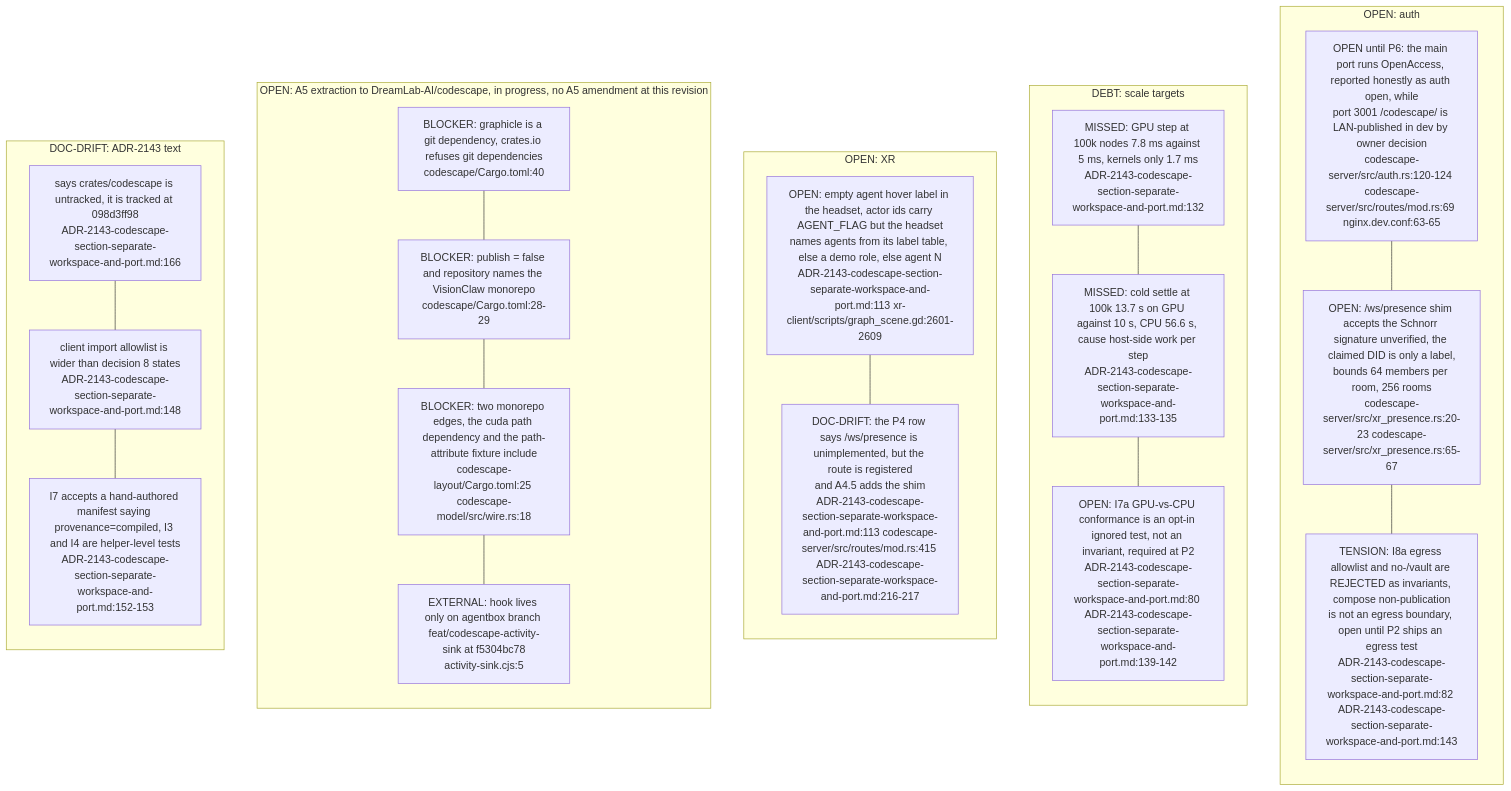
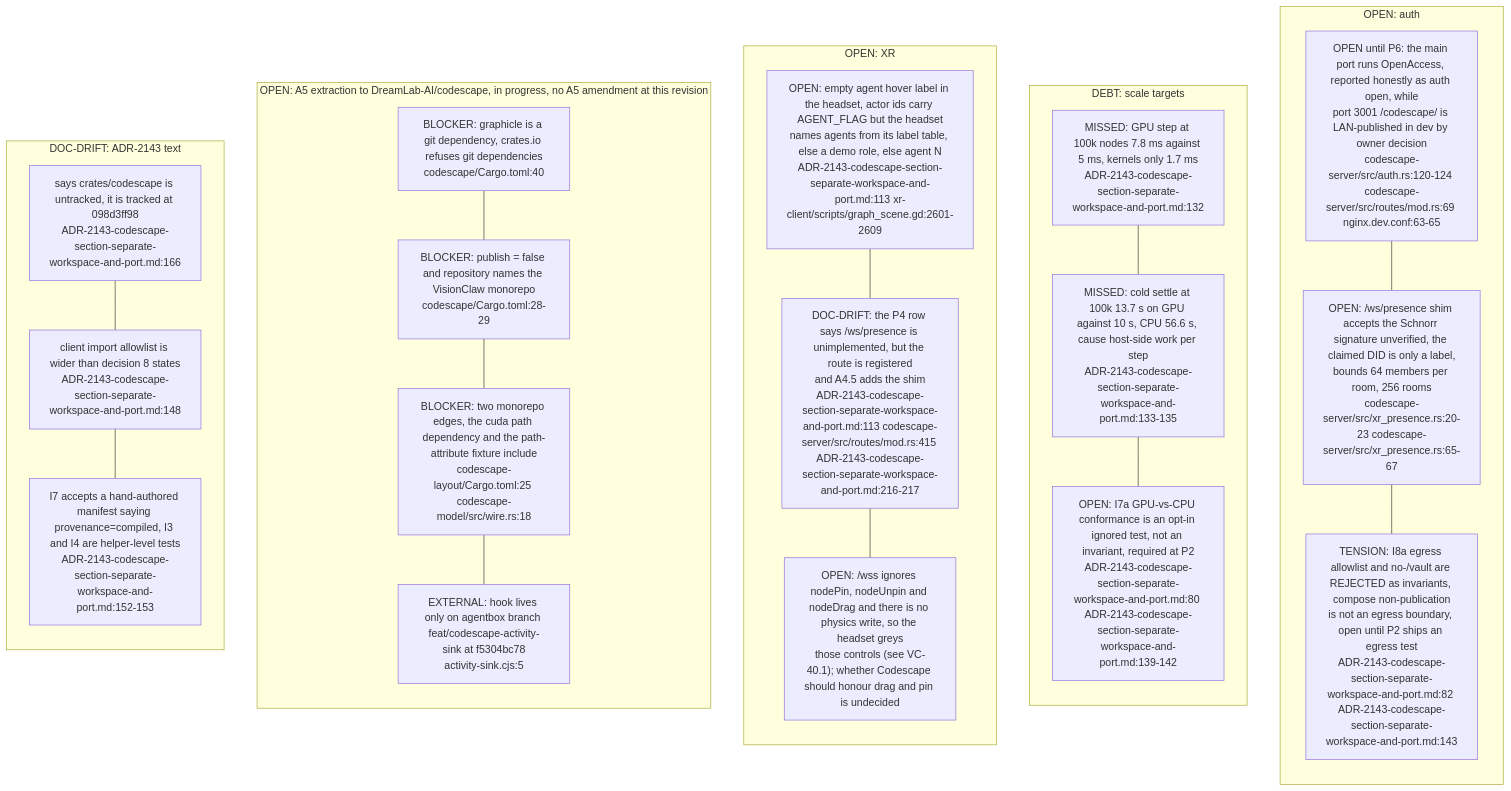
The seventh of 7 diagrams in docs/diagrams/visionclaw/39-codescape.md (DreamLab-AI/VisionFlow), drawn with Mermaid before and after one commit. The commit also changed other lines of this file and 5 other files, not shown here.

First line of the commit message:
diagrams: VC-40, the XR client on two backends (capability table, gate, switch, Codescape palette)

````diff
--- a/docs/diagrams/visionclaw/39-codescape.md
+++ b/docs/diagrams/visionclaw/39-codescape.md
@@ -315,38 +317,39 @@
 ```mermaid
 flowchart TB
     subgraph SEC["OPEN: auth"]
         direction TB
         R1["OPEN until P6: the main port runs OpenAccess, reported honestly as auth open, while<br/>port 3001 /codescape/ is LAN-published in dev by owner decision<br/>codescape-server/src/auth.rs:120-124 codescape-server/src/routes/mod.rs:69 nginx.dev.conf:63-65"]
         R2["OPEN: /ws/presence shim accepts the Schnorr signature unverified, the claimed DID is only a label,<br/>bounds 64 members per room, 256 rooms<br/>codescape-server/src/xr_presence.rs:20-23 codescape-server/src/xr_presence.rs:65-67"]
         R3["TENSION: I8a egress allowlist and no-/vault are REJECTED as invariants, compose non-publication<br/>is not an egress boundary, open until P2 ships an egress test<br/>ADR-2143-codescape-section-separate-workspace-and-port.md:82 ADR-2143-codescape-section-separate-workspace-and-port.md:143"]
         R1 --- R2 --- R3
     end
     subgraph PERF["DEBT: scale targets"]
         direction TB
         P1["MISSED: GPU step at 100k nodes 7.8 ms against 5 ms, kernels only 1.7 ms<br/>ADR-2143-codescape-section-separate-workspace-and-port.md:132"]
         P2["MISSED: cold settle at 100k 13.7 s on GPU against 10 s, CPU 56.6 s, cause host-side work per step<br/>ADR-2143-codescape-section-separate-workspace-and-port.md:133-135"]
         P3["OPEN: I7a GPU-vs-CPU conformance is an opt-in ignored test, not an invariant, required at P2<br/>ADR-2143-codescape-section-separate-workspace-and-port.md:80 ADR-2143-codescape-section-separate-workspace-and-port.md:139-142"]
         P1 --- P2 --- P3
     end
     subgraph XRG["OPEN: XR"]
         direction TB
         X1["OPEN: empty agent hover label in the headset, actor ids carry AGENT_FLAG but the headset<br/>names agents from its label table, else a demo role, else agent N<br/>ADR-2143-codescape-section-separate-workspace-and-port.md:113 xr-client/scripts/graph_scene.gd:2601-2609"]
         X2["DOC-DRIFT: the P4 row says /ws/presence is unimplemented, but the route is registered<br/>and A4.5 adds the shim<br/>ADR-2143-codescape-section-separate-workspace-and-port.md:113 codescape-server/src/routes/mod.rs:415 ADR-2143-codescape-section-separate-workspace-and-port.md:216-217"]
-        X1 --- X2
+        X3["OPEN: /wss ignores nodePin, nodeUnpin and nodeDrag and there is no physics write, so the headset greys<br/>those controls (see VC-40.1); whether Codescape should honour drag and pin is undecided"]
+        X1 --- X2 --- X3
     end
     subgraph EXT["OPEN: A5 extraction to DreamLab-AI/codescape, in progress, no A5 amendment at this revision"]
         direction TB
         E1["BLOCKER: graphicle is a git dependency, crates.io refuses git dependencies<br/>codescape/Cargo.toml:40"]
         E2["BLOCKER: publish = false and repository names the VisionClaw monorepo<br/>codescape/Cargo.toml:28-29"]
         E3["BLOCKER: two monorepo edges, the cuda path dependency and the path-attribute fixture include<br/>codescape-layout/Cargo.toml:25 codescape-model/src/wire.rs:18"]
         E4["EXTERNAL: hook lives only on agentbox branch feat/codescape-activity-sink at f5304bc78<br/>activity-sink.cjs:5"]
         E1 --- E2 --- E3 --- E4
     end
     subgraph DR["DOC-DRIFT: ADR-2143 text"]
         direction TB
         D1["says crates/codescape is untracked, it is tracked at 098d3ff98<br/>ADR-2143-codescape-section-separate-workspace-and-port.md:166"]
         D2["client import allowlist is wider than decision 8 states<br/>ADR-2143-codescape-section-separate-workspace-and-port.md:148"]
         D3["I7 accepts a hand-authored manifest saying provenance=compiled, I3 and I4 are helper-level tests<br/>ADR-2143-codescape-section-separate-workspace-and-port.md:152-153"]
         D1 --- D2 --- D3
     end
 ```
````
